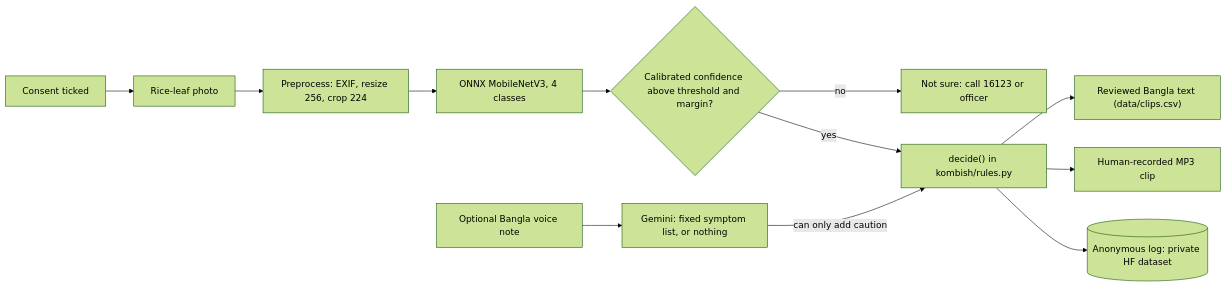
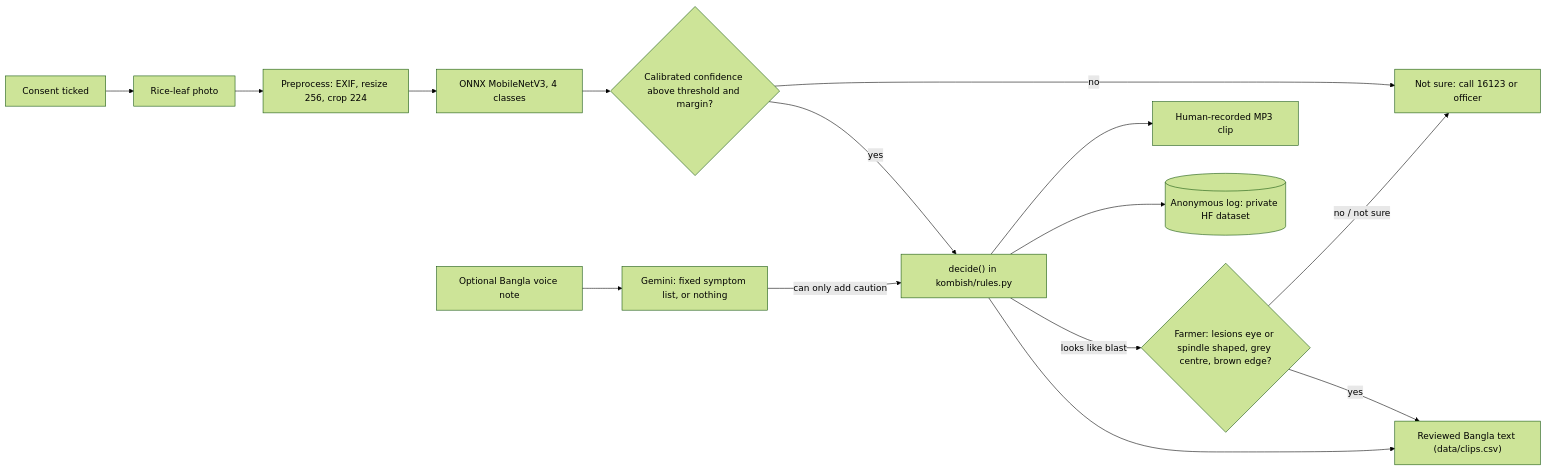
Before and after one commit to Raiyan465-F1/kom-bish: the diagram in README.md, drawn with Mermaid (forest theme). The commit also changed other lines of this file and 25 other files, not shown here.

````diff
--- a/README.md
+++ b/README.md
@@ -70,14 +70,17 @@
 ```mermaid
 flowchart LR
   A["Consent ticked"] --> B["Rice-leaf photo"]
   B --> C["Preprocess: EXIF, resize 256, crop 224"]
   C --> D["ONNX MobileNetV3, 4 classes"]
   D --> E{"Calibrated confidence above threshold and margin?"}
   E -- "no" --> R5["Not sure: call 16123 or officer"]
   E -- "yes" --> F["decide() in kombish/rules.py"]
+  F -- "looks like blast" --> Q{"Farmer: lesions eye or spindle shaped, grey centre, brown edge?"}
+  Q -- "no / not sure" --> R5
+  Q -- "yes" --> H
   V["Optional Bangla voice note"] --> G["Gemini: fixed symptom list, or nothing"]
   G -- "can only add caution" --> F
   F --> H["Reviewed Bangla text (data/clips.csv)"]
   F --> I["Human-recorded MP3 clip"]
   F --> L[("Anonymous log: private HF dataset")]
 ```
````
